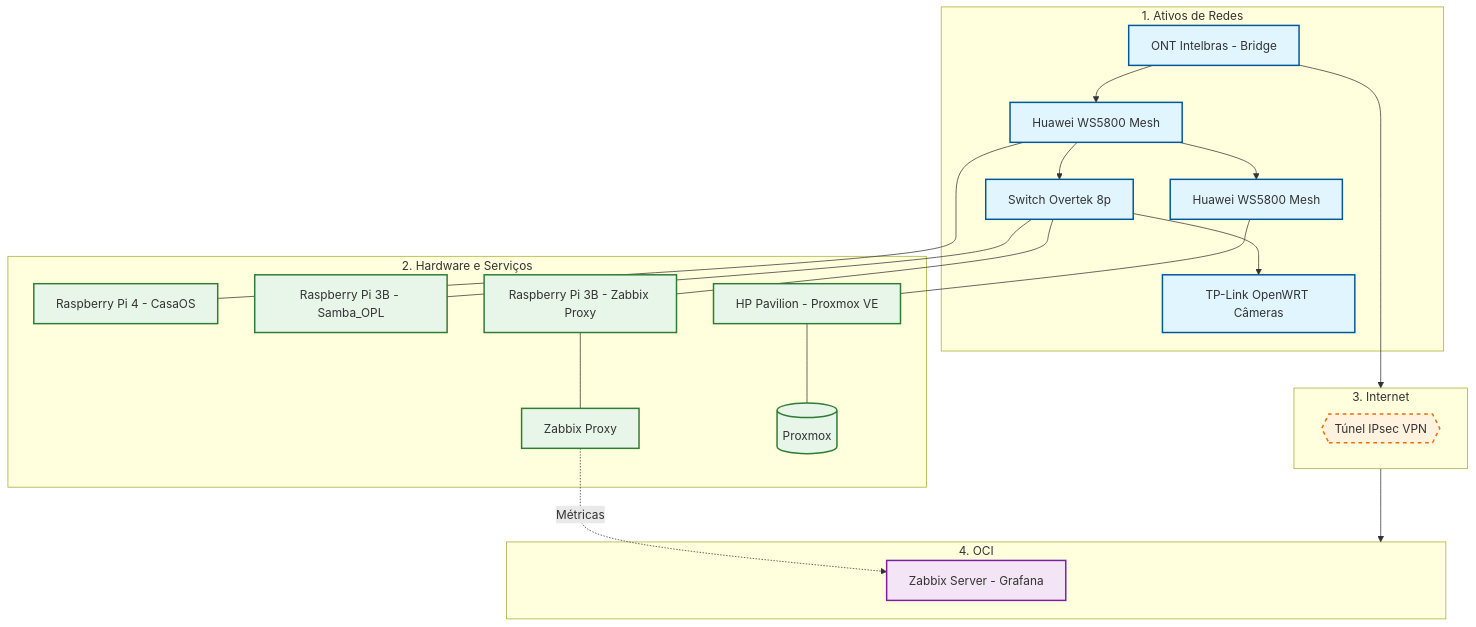
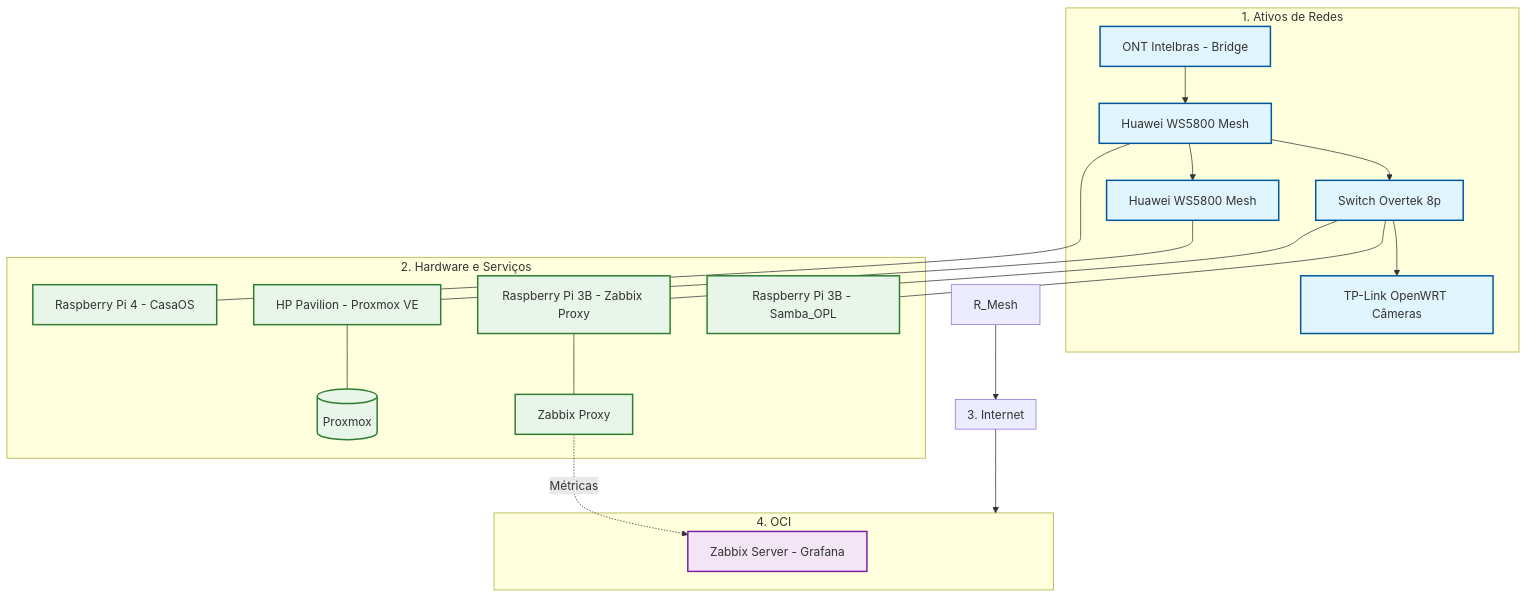
The diagram in Infraestructure/README.md (kevindexter22/Dr-Hardware-Autonet), drawn with Mermaid before and after one commit.

````diff
--- a/Infraestructure/README.md
+++ b/Infraestructure/README.md
@@ -13,47 +13,46 @@
 ```mermaid
 graph TD
     %% Estilos
     classDef rede fill:#e1f5fe,stroke:#01579b,stroke-width:2px;
     classDef hardware fill:#e8f5e9,stroke:#2e7d32,stroke-width:2px;
     classDef tunel fill:#fff3e0,stroke:#ef6c00,stroke-width:2px,stroke-dasharray: 5 5;
     classDef oci fill:#f3e5f5,stroke:#7b1fa2,stroke-width:2px;
 
     %% 1. ATIVOS DE REDE
     subgraph S1 [1. Ativos de Redes]
         ONT[ONT Intelbras - Bridge]:::rede --> R_Mesh1[Huawei WS5800 Mesh]:::rede
         R_Mesh1 --> SW1[Switch Overtek 8p]:::rede
+        SW1 --> R_Cams[TP-Link OpenWRT Câmeras]:::rede
         R_Mesh1 --> R_Mesh2[Huawei WS5800 Mesh]:::rede
-        SW1 --> R_Cams[TP-Link OpenWRT Câmeras]:::rede
                 
     end
 
     %% 2. HARDWARE E SERVIÇOS
     subgraph S2 [2. Hardware e Serviços]
         R_Mesh1 --- RPi4[Raspberry Pi 4 - CasaOS]:::hardware
         SW1 --- RPi3_1[Raspberry Pi 3B - Samba_OPL]:::hardware
         SW1 --- RPi3_2[Raspberry Pi 3B - Zabbix Proxy]:::hardware
         R_Mesh2 --- HP[HP Pavilion - Proxmox VE]:::hardware
         
         
         RPi3_2 --- ZP[Zabbix Proxy]:::hardware
         HP --- PVE[(Proxmox)]:::hardware
     end
 
     %% 3. Internet (A PONTE)
     subgraph S3 [3. Internet]
-        VPN{{"Túnel IPsec VPN"}}:::tunel
     end
 
     %% 4. OCI
     subgraph S4 [4. OCI]
         ZS[Zabbix Server - Grafana]:::oci
     end
 
     %% Conexões de Fluxo de Dados para manter a ordem
-    ONT --> S3
+    R_Mesh --> S3
     S3 --> S4
     
     %% Relacionamentos lógicos (setas duplas para replicação)
     ZP -.-> |Métricas| ZS
 
 ```
````
